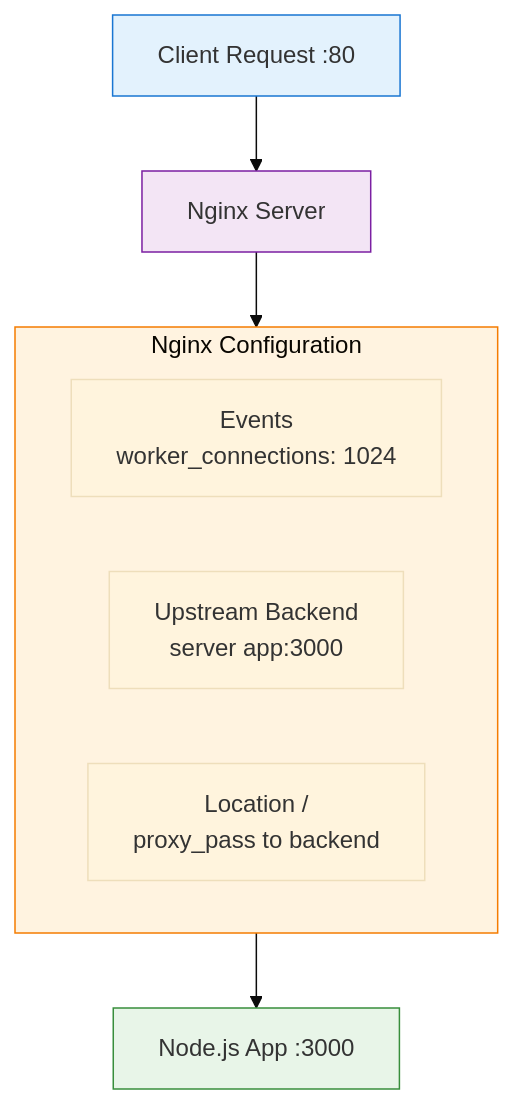
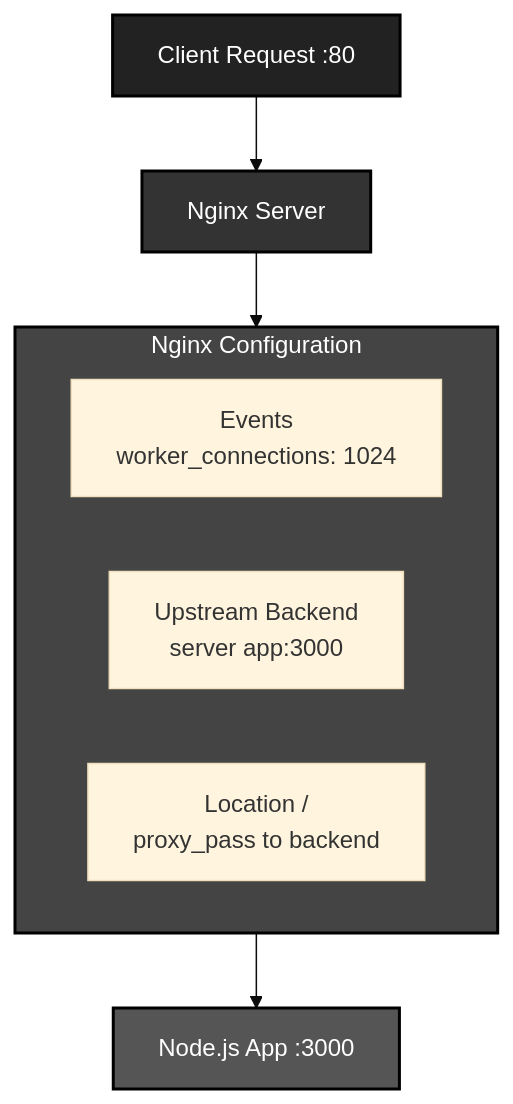
The tenth of 13 diagrams in url-shortener-lab02-feature-nginx-layer/README.md (Shahriarin2garden/url-shortener-lab02-feature-nginx-layer), drawn with Mermaid (base theme) before and after one commit. The commit also changed other lines of this file, not shown here.

First line of the commit message:
Revise diagram color styles for clarity

````diff
--- a/url-shortener-lab02-feature-nginx-layer/README.md
+++ b/url-shortener-lab02-feature-nginx-layer/README.md
@@ -423,18 +425,18 @@
 ```mermaid
 graph TD
     Client[Client Request :80] --> Nginx[Nginx Server]
 
     subgraph Config[Nginx Configuration]
         Events[Events<br/>worker_connections: 1024]
         Upstream[Upstream Backend<br/>server app:3000]
         Location[Location /<br/>proxy_pass to backend]
     end
 
     Nginx --> Config
     Config --> App[Node.js App :3000]
 
-    style Client fill:#e3f2fd,stroke:#1976d2
-    style Nginx fill:#f3e5f5,stroke:#7b1fa2
-    style Config fill:#fff3e0,stroke:#f57c00
-    style App fill:#e8f5e8,stroke:#388e3c
+    style Client fill:#222,stroke:#000,stroke-width:2px,color:#fff
+    style Nginx fill:#333,stroke:#000,stroke-width:2px,color:#fff
+    style Config fill:#444,stroke:#000,stroke-width:2px,color:#fff
+    style App fill:#555,stroke:#000,stroke-width:2px,color:#fff
 ```
````
